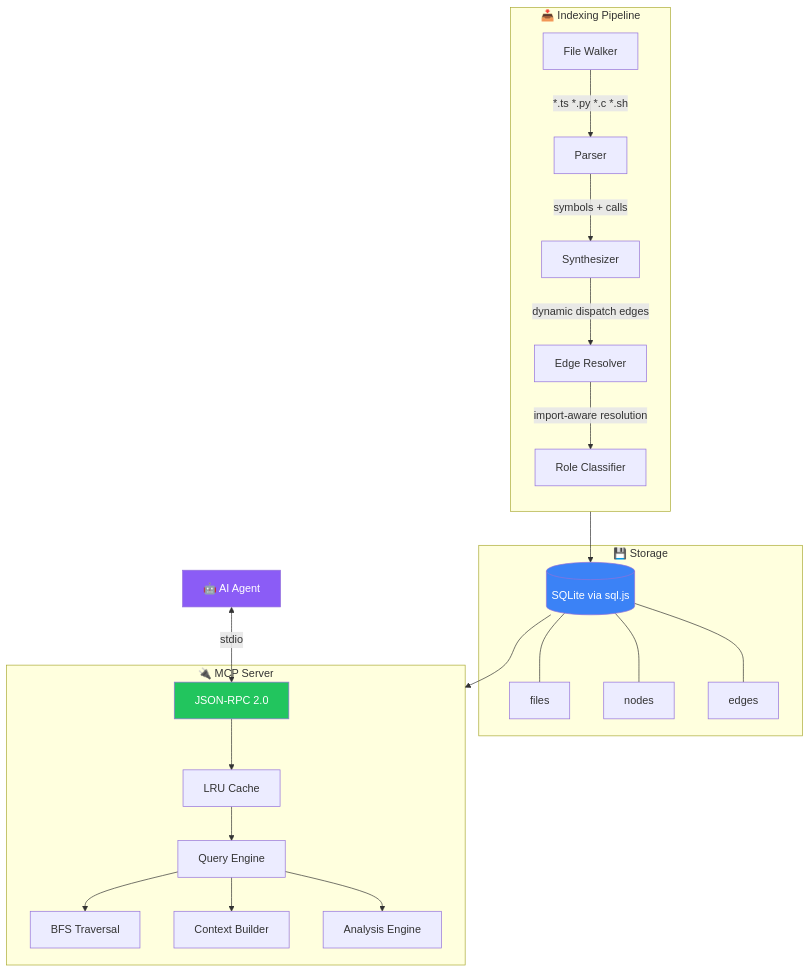
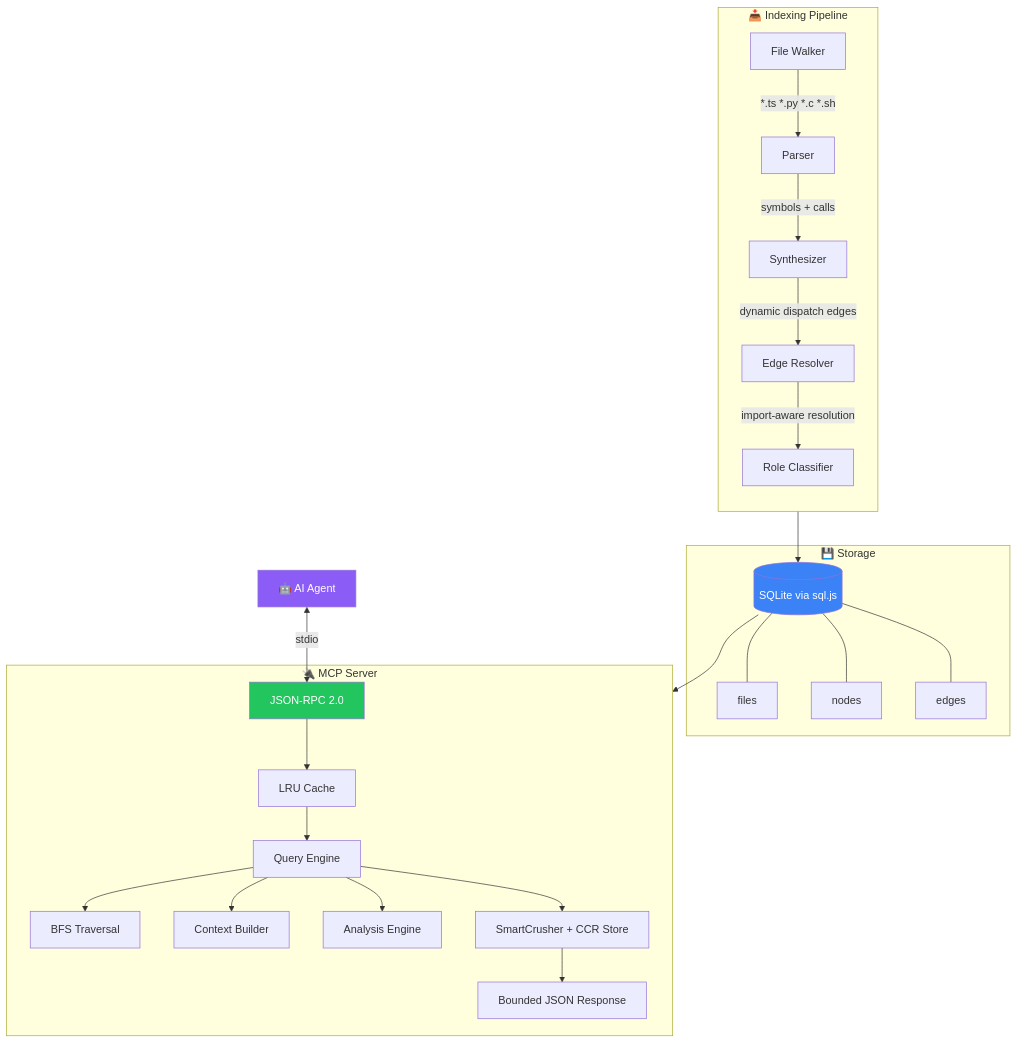
Before and after one commit to samarth-w/agent_graph: the second of 2 diagrams in README.md, drawn with Mermaid. The commit also changed other lines of this file and 40 other files, not shown here.

````diff
--- a/README.md
+++ b/README.md
@@ -410,33 +447,35 @@
 ```mermaid
 flowchart TB
     subgraph Index["📥 Indexing Pipeline"]
         direction TB
         W[File Walker] -->|"*.ts *.py *.c *.sh"| P[Parser]
         P -->|"symbols + calls"| S[Synthesizer]
         S -->|"dynamic dispatch edges"| R[Edge Resolver]
         R -->|"import-aware resolution"| C[Role Classifier]
     end
 
     subgraph Store["💾 Storage"]
         DB[(SQLite via sql.js)]
         DB --- F[files]
         DB --- N[nodes]
         DB --- E[edges]
     end
 
     subgraph Serve["🔌 MCP Server"]
         MCP[JSON-RPC 2.0] --> Cache[LRU Cache]
         Cache --> Q[Query Engine]
         Q --> BFS[BFS Traversal]
         Q --> CTX[Context Builder]
         Q --> ANA[Analysis Engine]
+      Q --> CMP[SmartCrusher + CCR Store]
+      CMP --> RESP[Bounded JSON Response]
     end
 
     Index --> DB
     DB --> Serve
     Agent[🤖 AI Agent] <-->|stdio| MCP
 
     style Agent fill:#8B5CF6,color:#fff
     style DB fill:#3B82F6,color:#fff
     style MCP fill:#22C55E,color:#fff
 ```
````
